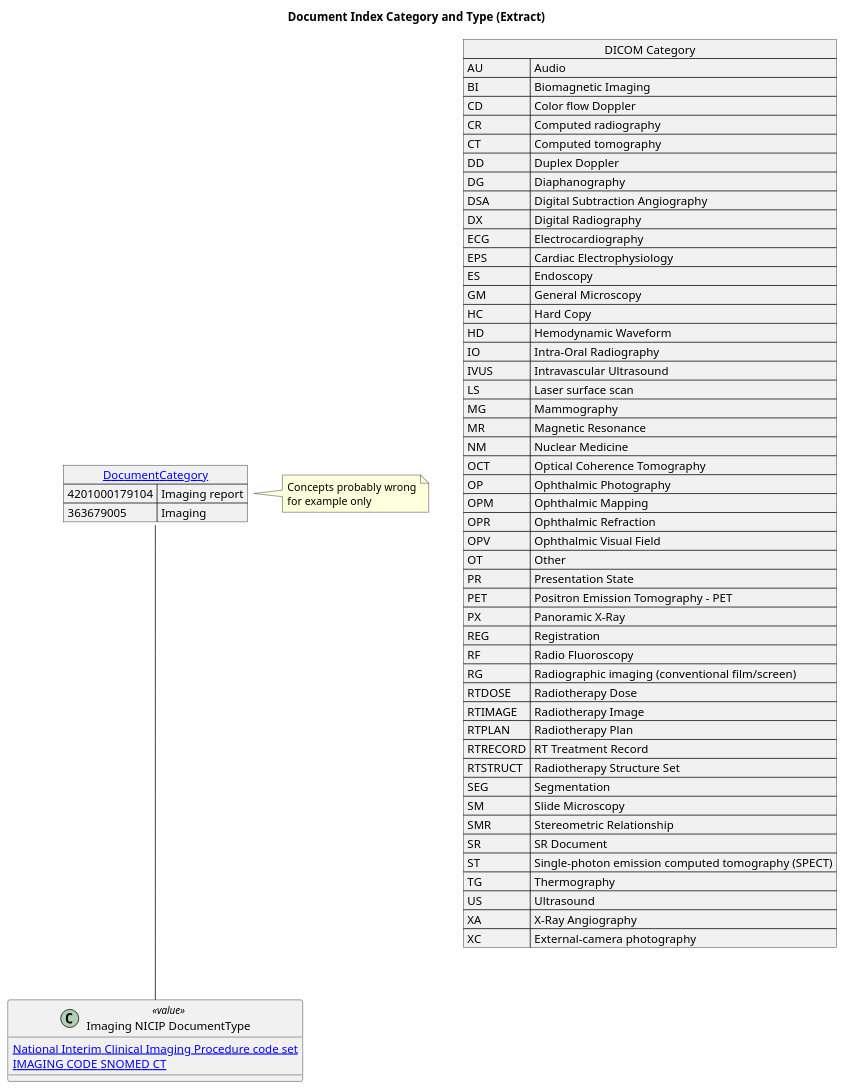
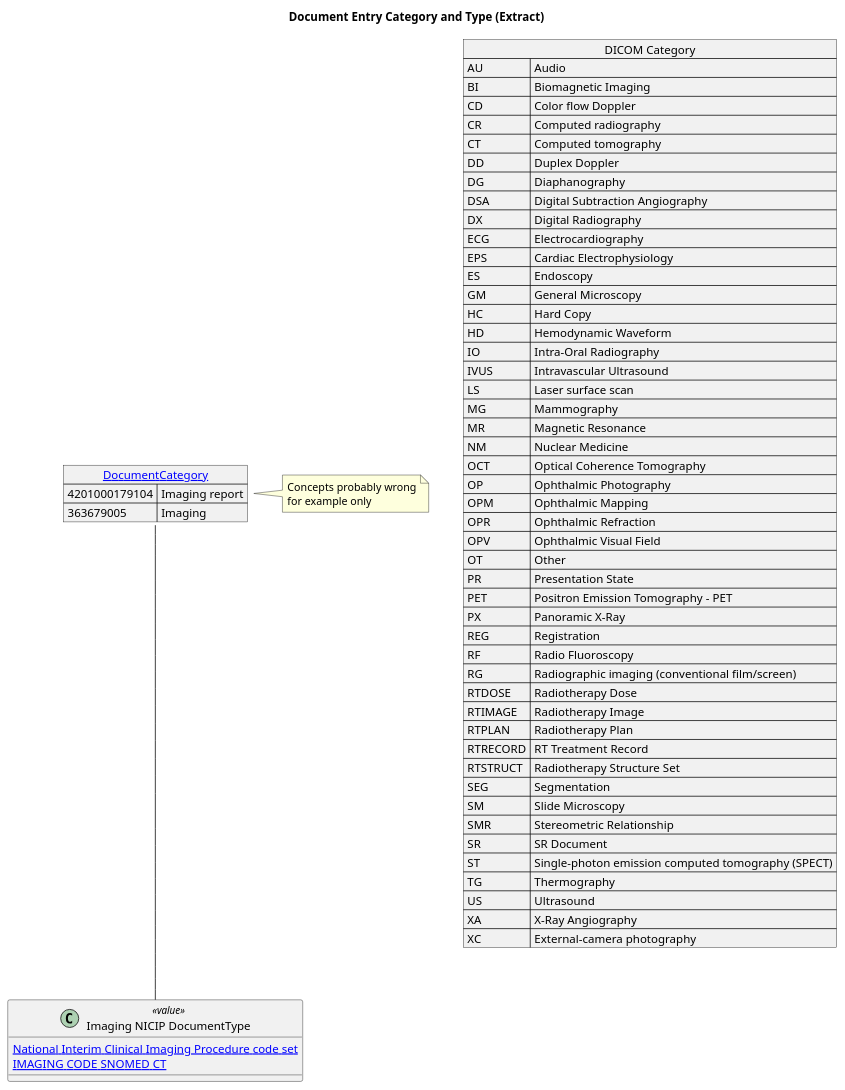
One commit to NHSDigital/national-imaging-repository-specification changed the diagram in input/images-source/datamodel-document-metadata-code-imaging.plantuml. Above: the diagram before and after it, drawn with PlantUML. The commit also changed 8 other files, not shown here.

```diff
--- a/input/images-source/datamodel-document-metadata-code-imaging.plantuml
+++ b/input/images-source/datamodel-document-metadata-code-imaging.plantuml
@@ -1,75 +1,75 @@
 @startuml
 
 
 
-title "Document Index Category and Type (Extract)"
+title "Document Entry Category and Type (Extract)"
 
-json "[[ValueSet-document-index-class.html DocumentCategory]]" as Category {
+json "[[ValueSet-document-entry-class.html DocumentCategory]]" as Category {
 "4201000179104":"Imaging report",
 "363679005":"Imaging"
 }
 note right
 Concepts probably wrong
 for example only
 end note
 
 
 
 class "Imaging NICIP DocumentType" as NICIPDocumentType <<value>> {
   [[https://nhsengland.kahootz.com/t_c_home/view?objectID=45878224 National Interim Clinical Imaging Procedure code set]]
   [[https://www.datadictionary.nhs.uk/data_elements/imaging_code__snomed_ct_.html IMAGING CODE SNOMED CT]]
 
 }
 
 json "DICOM Category" as DICOMCategory {
 "AU":"Audio",
 "BI":"Biomagnetic Imaging",
 "CD":"Color flow Doppler",
 "CR":"Computed radiography",
 "CT":"Computed tomography",
 "DD":"Duplex Doppler",
 "DG":"Diaphanography",
 "DSA":"Digital Subtraction Angiography",
 "DX":"Digital Radiography",
 "ECG":"Electrocardiography",
 "EPS":"Cardiac Electrophysiology",
 "ES":"Endoscopy",
 "GM":"General Microscopy",
 "HC":"Hard Copy",
 "HD":"Hemodynamic Waveform",
 "IO":"Intra-Oral Radiography",
 "IVUS":"Intravascular Ultrasound",
 "LS":"Laser surface scan",
 "MG":"Mammography",
 "MR":"Magnetic Resonance",
 "NM":"Nuclear Medicine",
 "OCT":"Optical Coherence Tomography",
 "OP":"Ophthalmic Photography",
 "OPM":"Ophthalmic Mapping",
 "OPR":"Ophthalmic Refraction",
 "OPV":"Ophthalmic Visual Field",
 "OT":"Other",
 "PR":"Presentation State",
 "PET":"Positron Emission Tomography - PET",
 "PX":"Panoramic X-Ray",
 "REG":"Registration",
 "RF":"Radio Fluoroscopy",
 "RG":"Radiographic imaging (conventional film/screen)",
 "RTDOSE":"Radiotherapy Dose",
 "RTIMAGE":"Radiotherapy Image",
 "RTPLAN":"Radiotherapy Plan",
 "RTRECORD":"RT Treatment Record",
 "RTSTRUCT":"Radiotherapy Structure Set",
 "SEG":"Segmentation",
 "SM":"Slide Microscopy",
 "SMR":"Stereometric Relationship",
 "SR":"SR Document",
 "ST":"Single-photon emission computed tomography (SPECT)",
 "TG":"Thermography",
 "US":"Ultrasound",
 "XA":"X-Ray Angiography",
 "XC":"External-camera photography"
 }
 
 Category -- NICIPDocumentType
 @enduml
```
